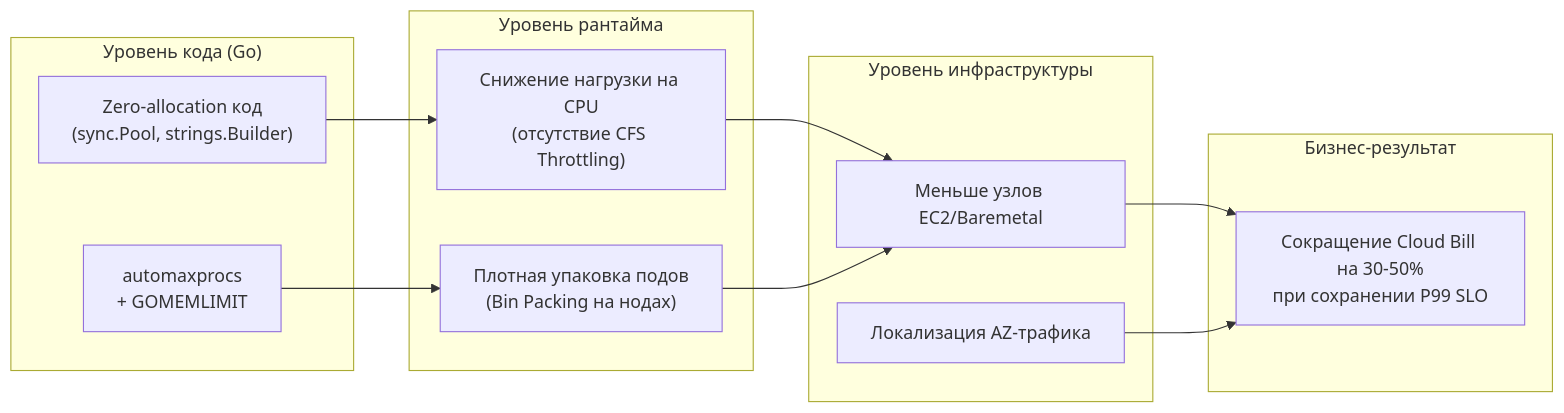
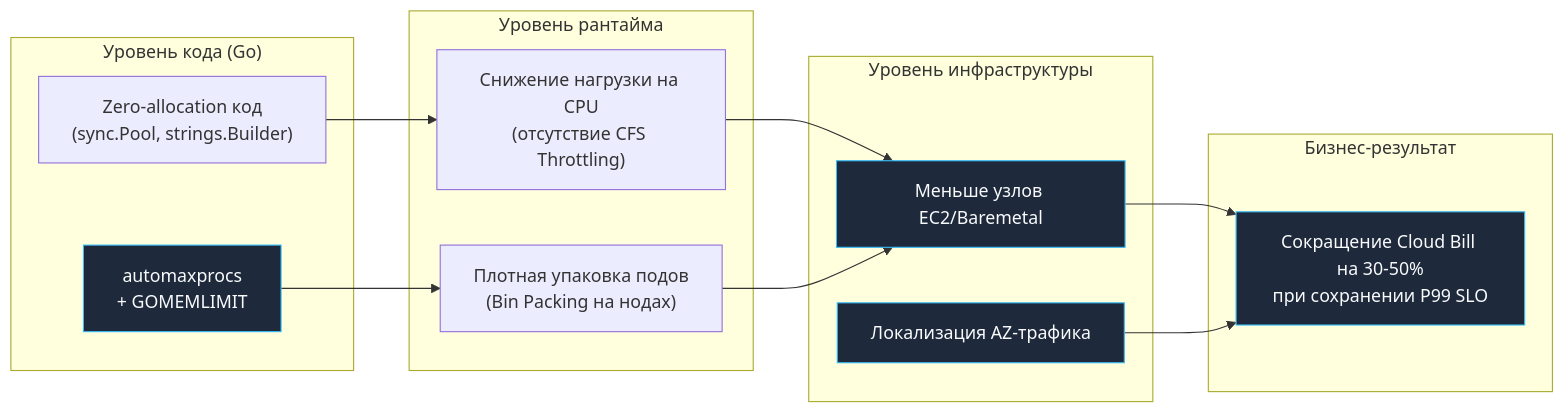
The first of 2 diagrams in sources/11. Архитектура и System Design/50. Cost optimization в архитектуре.md (UnrealTemplier/go-textbook), drawn with Mermaid before and after one commit. The commit also changed other lines of this file and 1666 other files, not shown here.

First line of the commit message:
feat(mermaid): add semantic color classDef to 1369 colorless flowchart/graph diagrams

````diff
--- a/sources/11. Архитектура и System Design/50. Cost optimization в архитектуре.md
+++ b/sources/11. Архитектура и System Design/50. Cost optimization в архитектуре.md
@@ -15,28 +15,38 @@
 ```mermaid
 flowchart LR
+    classDef process  fill:#1e293b,stroke:#38bdf8,stroke-width:1px,color:#f8fafc
+    classDef success  fill:#064e3b,stroke:#34d399,stroke-width:1px,color:#f8fafc
+    classDef error    fill:#7f1d1d,stroke:#f87171,stroke-width:1px,color:#f8fafc
+    classDef warning  fill:#78350f,stroke:#fbbf24,stroke-width:1px,color:#f8fafc
+    classDef entry    fill:#1e3a5f,stroke:#38bdf8,stroke-width:2px,color:#f8fafc
+    classDef aux      fill:#334155,stroke:#64748b,stroke-width:1px,color:#f8fafc
+    classDef system   fill:#312e81,stroke:#a78bfa,stroke-width:1px,color:#f8fafc
+    classDef data     fill:#132d29,stroke:#2dd4bf,stroke-width:1px,color:#f8fafc
+    classDef network  fill:#881337,stroke:#fb7185,stroke-width:1px,color:#f8fafc
+    classDef accent   fill:#1e1b4b,stroke:#818cf8,stroke-width:1px,color:#f8fafc
     subgraph CodeLayer["Уровень кода (Go)"]
         ZeroAlloc["Zero-allocation код<br>(sync.Pool, strings.Builder)"]
-        AutoMax["automaxprocs<br>+ GOMEMLIMIT"]
+        AutoMax["automaxprocs<br>+ GOMEMLIMIT"]:::process
     end
 
     subgraph RuntimeLayer["Уровень рантайма"]
         LowCPU["Снижение нагрузки на CPU<br>(отсутствие CFS Throttling)"]
         DensePacking["Плотная упаковка подов<br>(Bin Packing на нодах)"]
     end
 
     subgraph InfraLayer["Уровень инфраструктуры"]
-        LessNodes["Меньше узлов EC2/Baremetal"]
-        LessTraffic["Локализация AZ-трафика"]
+        LessNodes["Меньше узлов EC2/Baremetal"]:::process
+        LessTraffic["Локализация AZ-трафика"]:::process
     end
 
     subgraph FinOps["Бизнес-результат"]
-        Dollar["Сокращение Cloud Bill на 30-50%<br>при сохранении P99 SLO"]
+        Dollar["Сокращение Cloud Bill на 30-50%<br>при сохранении P99 SLO"]:::process
     end
 
     ZeroAlloc --> LowCPU
     AutoMax --> DensePacking
     LowCPU --> LessNodes
     DensePacking --> LessNodes
     LessNodes --> Dollar
     LessTraffic --> Dollar
 ```
````
